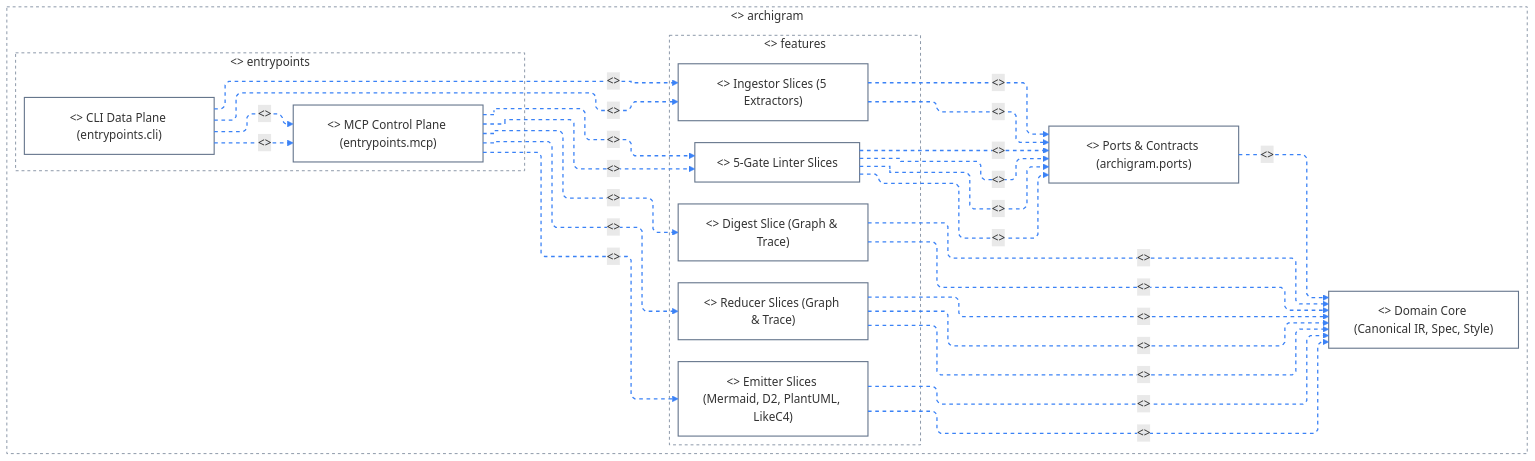
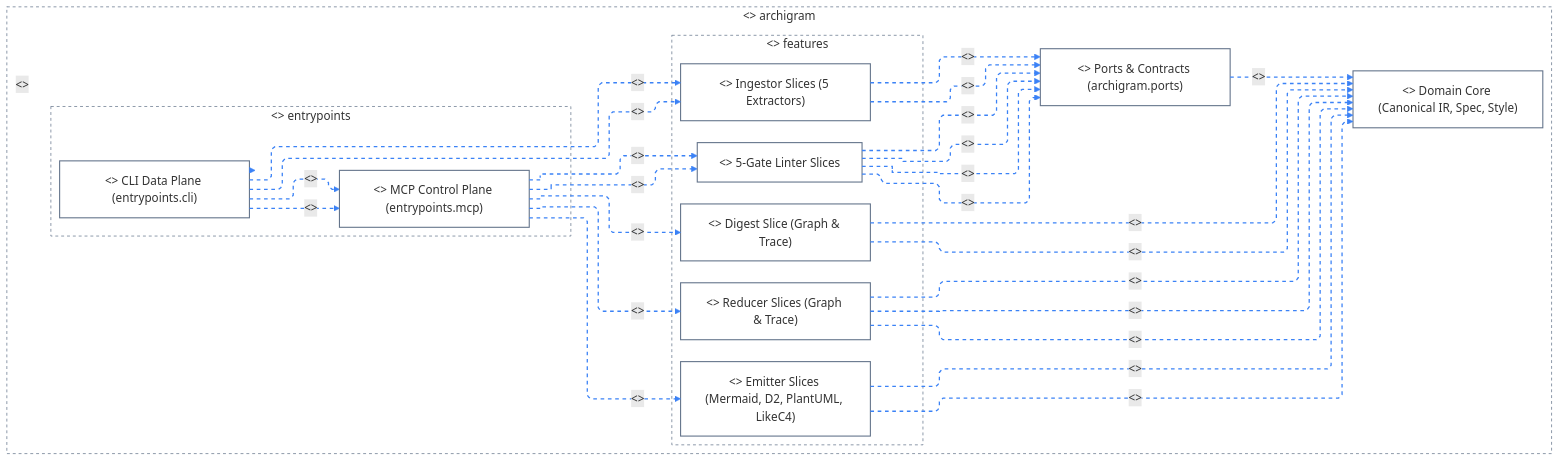
The fourth of 8 diagrams in docs/architecture/uml-and-curation-showcase.md (klcd/archigram), drawn with Mermaid before and after one commit. The commit also changed other lines of this file and 39 other files, not shown here.

````diff
--- a/docs/architecture/uml-and-curation-showcase.md
+++ b/docs/architecture/uml-and-curation-showcase.md
@@ -390,56 +392,57 @@
 ```mermaid
 ---
 config:
   layout: elk
   elk:
     mergeEdges: false
     nodePlacementStrategy: BRANDES_KOEPF
   flowchart:
     defaultRenderer: elk
     curve: linear
 ---
 flowchart LR
   classDef default fill:transparent,stroke:#64748b,stroke-width:1.5px
   subgraph n0["<<executionEnv>> archigram"]
     subgraph n1["<<executionEnv>> entrypoints"]
       n3["<<artifact>> CLI Data Plane (entrypoints.cli)"]
       n10["<<artifact>> MCP Control Plane (entrypoints.mcp)"]
     end
     subgraph n2["<<executionEnv>> features"]
       n5["<<artifact>> Digest Slice (Graph & Trace)"]
       n6["<<artifact>> Emitter Slices (Mermaid, D2, PlantUML, LikeC4)"]
       n7["<<artifact>> Ingestor Slices (5 Extractors)"]
       n8["<<artifact>> 5-Gate Linter Slices"]
       n9["<<artifact>> Reducer Slices (Graph & Trace)"]
     end
     n4["<<artifact>> Domain Core (Canonical IR, Spec, Style)"]
     n11["<<artifact>> Ports & Contracts (archigram.ports)"]
   end
   style n0 fill:transparent,stroke:#64748b,stroke-width:1px,stroke-dasharray:4 4
   style n1 fill:transparent,stroke:#64748b,stroke-width:1px,stroke-dasharray:4 4
   style n2 fill:transparent,stroke:#64748b,stroke-width:1px,stroke-dasharray:4 4
+  n3 -.->|"<<deploy>>"| n0
   n10 -.->|"<<deploy>>"| n5
   n5 -.->|"<<deploy>>"| n4
   n9 -.->|"<<deploy>>"| n4
   n5 -.->|"<<deploy>>"| n4
   n6 -.->|"<<deploy>>"| n4
   n9 -.->|"<<deploy>>"| n4
   n6 -.->|"<<deploy>>"| n4
   n9 -.->|"<<deploy>>"| n4
   n11 -.->|"<<deploy>>"| n4
   n10 -.->|"<<deploy>>"| n6
   n3 -.->|"<<deploy>>"| n7
   n3 -.->|"<<deploy>>"| n7
   n10 -.->|"<<deploy>>"| n8
   n10 -.->|"<<deploy>>"| n8
   n3 -.->|"<<deploy>>"| n10
   n3 -.->|"<<deploy>>"| n10
   n8 -.->|"<<deploy>>"| n11
   n8 -.->|"<<deploy>>"| n11
   n7 -.->|"<<deploy>>"| n11
   n8 -.->|"<<deploy>>"| n11
   n7 -.->|"<<deploy>>"| n11
   n8 -.->|"<<deploy>>"| n11
   n10 -.->|"<<deploy>>"| n9
-  linkStyle 0,1,2,3,4,5,6,7,8,9,10,11,12,13,14,15,16,17,18,19,20,21,22 stroke:#3b82f6,stroke-width:1.75px,stroke-dasharray:5 5
+  linkStyle 0,1,2,3,4,5,6,7,8,9,10,11,12,13,14,15,16,17,18,19,20,21,22,23 stroke:#3b82f6,stroke-width:1.75px,stroke-dasharray:5 5
 ```
````
